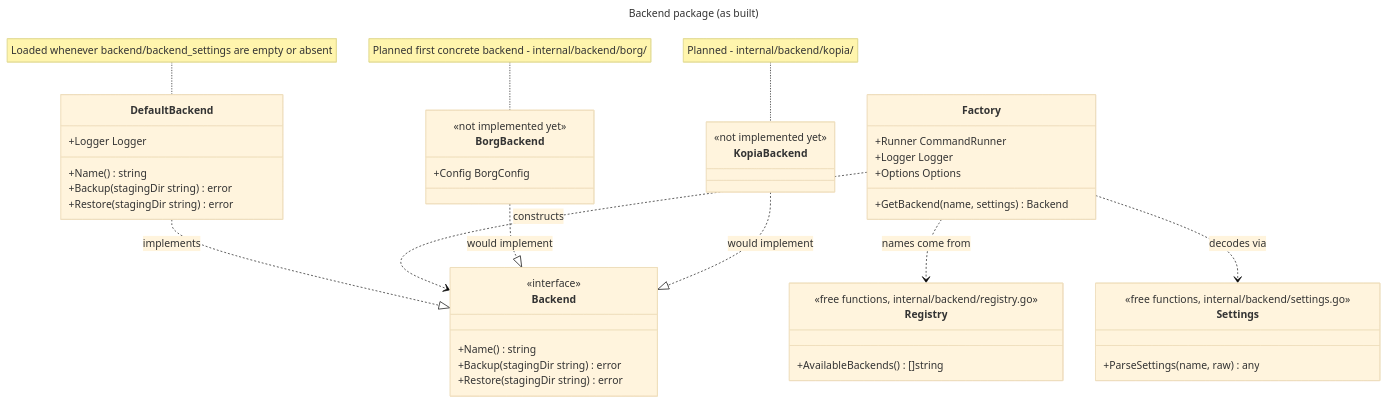
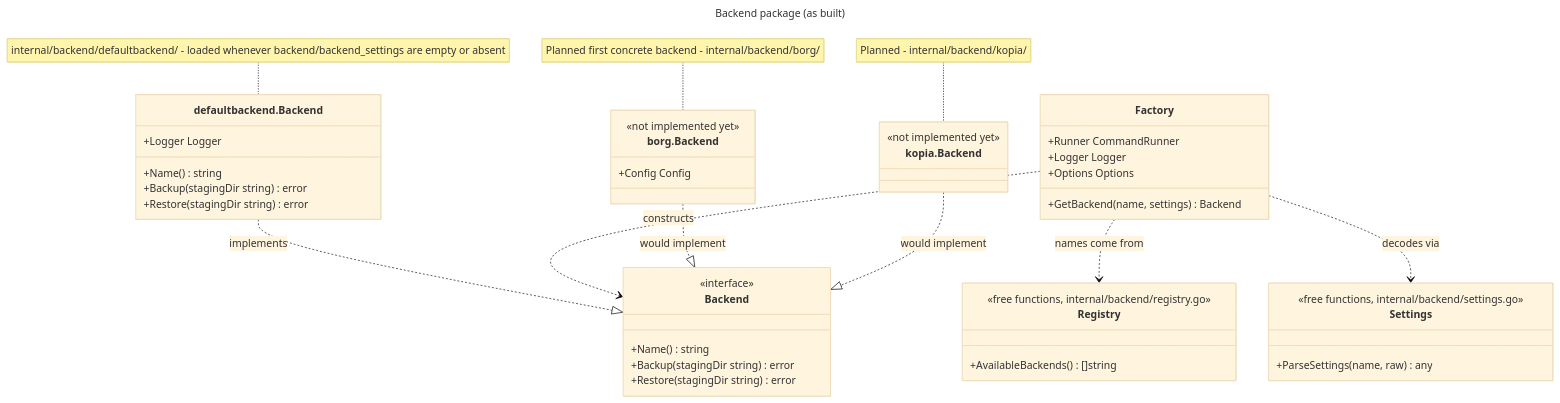
Before and after one commit to Kareylo/dackup: the diagram in docs/backend.md, drawn with Mermaid (base theme). The commit also changed other lines of this file and 14 other files, not shown here.

````diff
--- a/docs/backend.md
+++ b/docs/backend.md
@@ -56,54 +56,54 @@
 ```mermaid
 ---
 title: Backend package (as built)
 ---
 classDiagram
     class Backend {
         <<interface>>
         +Name() string
         +Backup(stagingDir string) error
         +Restore(stagingDir string) error
     }
 
-    class DefaultBackend {
+    class DefaultbackendBackend["defaultbackend.Backend"] {
         +Logger Logger
         +Name() string
         +Backup(stagingDir string) error
         +Restore(stagingDir string) error
     }
-    DefaultBackend ..|> Backend : implements
-    note for DefaultBackend "Loaded whenever backend/backend_settings are empty or absent"
+    DefaultbackendBackend ..|> Backend : implements
+    note for DefaultbackendBackend "internal/backend/defaultbackend/ - loaded whenever backend/backend_settings are empty or absent"
 
     class Factory {
         +Runner CommandRunner
         +Logger Logger
         +Options Options
         +GetBackend(name, settings) Backend
     }
     Factory ..> Backend : constructs
 
     class Registry {
         <<free functions, internal/backend/registry.go>>
         +AvailableBackends() []string
     }
     Factory ..> Registry : names come from
 
     class Settings {
         <<free functions, internal/backend/settings.go>>
         +ParseSettings(name, raw) any
     }
     Factory ..> Settings : decodes via
 
-    class BorgBackend {
+    class BorgBackend["borg.Backend"] {
         <<not implemented yet>>
-        +Config BorgConfig
+        +Config Config
     }
     BorgBackend ..|> Backend : would implement
     note for BorgBackend "Planned first concrete backend - internal/backend/borg/"
 
-    class KopiaBackend {
+    class KopiaBackend["kopia.Backend"] {
         <<not implemented yet>>
     }
     KopiaBackend ..|> Backend : would implement
     note for KopiaBackend "Planned - internal/backend/kopia/"
 ```
````
